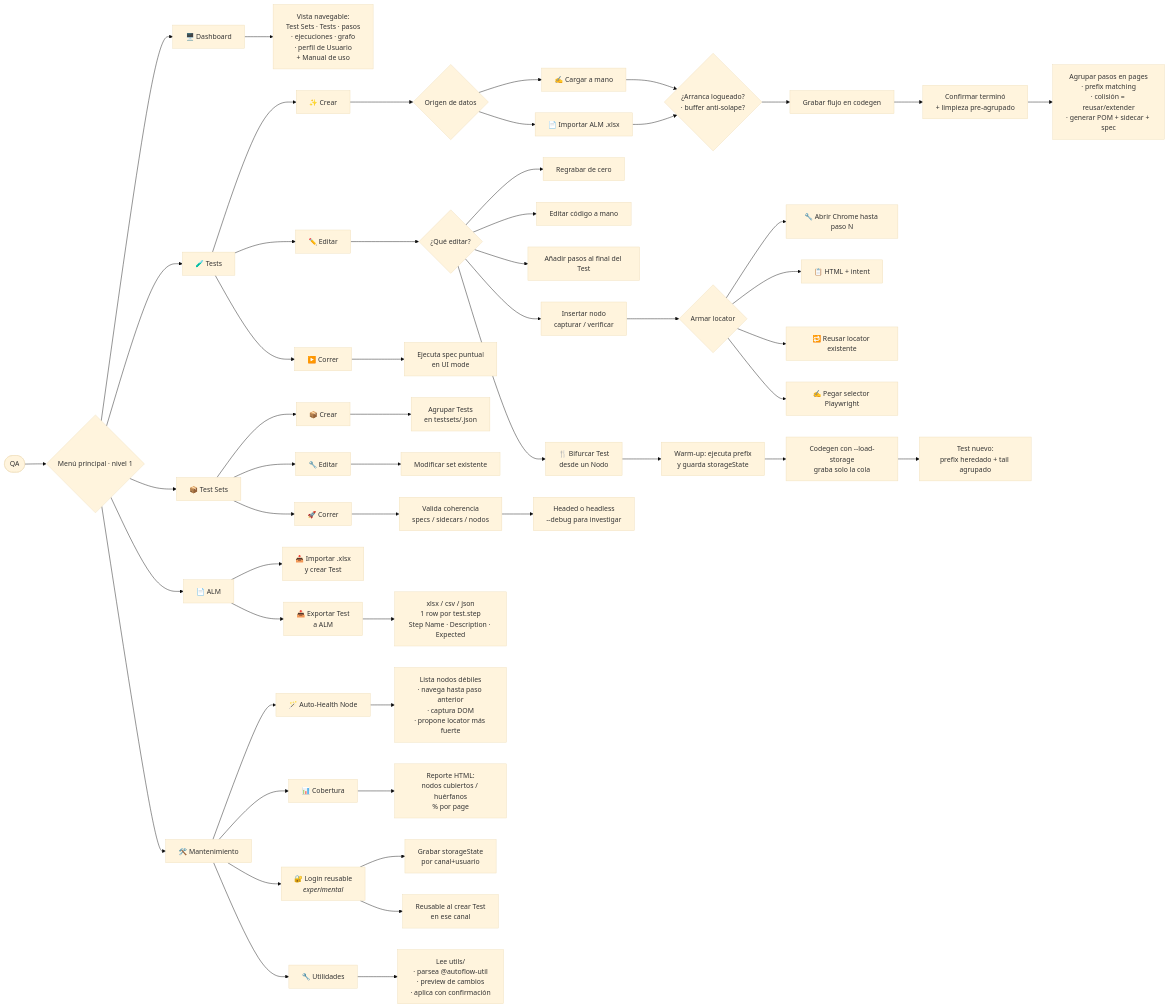
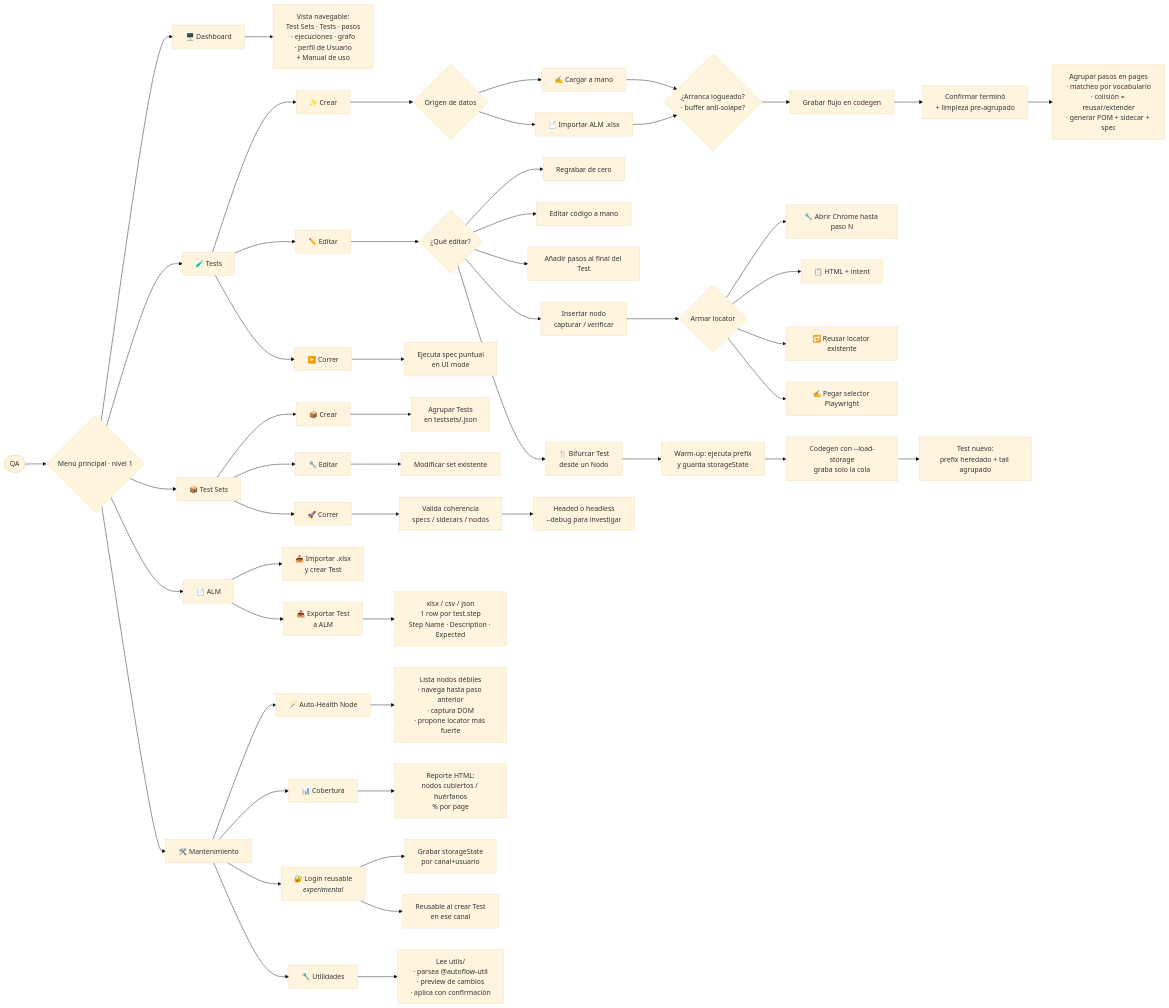
The second of 4 diagrams in README.md (blass1/AutoFlowAgent), drawn with Mermaid (base theme) before and after one commit. The commit also changed other lines of this file and 21 other files, not shown here.

First line of the commit message:
feat(matcheo): heurística vocabulario nodo-por-nodo + #id = confiabilidad 2

````diff
--- a/README.md
+++ b/README.md
@@ -53,72 +53,72 @@
 ```mermaid
 flowchart LR
     QA([QA])
     Menu{Menú principal · nivel 1}
 
     QA --> Menu
 
     Menu --> Dash[🖥️ Dashboard]
     Menu --> Tests[🧪 Tests]
     Menu --> TS[📦 Test Sets]
     Menu --> ALM[📄 ALM]
     Menu --> Mant[🛠️ Mantenimiento]
 
     Tests --> Crear[✨ Crear]
     Tests --> Editar[✏️ Editar]
     Tests --> Correr[▶️ Correr]
 
     TS --> CrearTS[📦 Crear]
     TS --> EditarTS[🔧 Editar]
     TS --> CorrerTS[🚀 Correr]
 
     ALM --> ALMImp[📥 Importar .xlsx<br/>y crear Test]
     ALM --> ALMExp[📤 Exportar Test<br/>a ALM]
 
     Mant --> AHN[🪄 Auto-Health Node]
     Mant --> Cob[📊 Cobertura]
     Mant --> Auth[🔐 Login reusable<br/><i>experimental</i>]
     Mant --> Utils[🔧 Utilidades]
 
     Crear --> CrearOrigen{Origen de datos}
     CrearOrigen --> CrearManual[✍️ Cargar a mano]
     CrearOrigen --> CrearALMImp[📄 Importar ALM .xlsx]
     CrearManual --> CrearLogin{¿Arranca logueado?<br/>· buffer anti-solape?}
     CrearALMImp --> CrearLogin
     CrearLogin --> CrearGrabar[Grabar flujo en codegen]
     CrearGrabar --> CrearConfirm[Confirmar terminó<br/>+ limpieza pre-agrupado]
-    CrearConfirm --> CrearPOM[Agrupar pasos en pages<br/>· prefix matching<br/>· colisión = reusar/extender<br/>· generar POM + sidecar + spec]
+    CrearConfirm --> CrearPOM[Agrupar pasos en pages<br/>· matcheo por vocabulario<br/>· colisión = reusar/extender<br/>· generar POM + sidecar + spec]
 
     Editar --> EditarQue{¿Qué editar?}
     EditarQue --> EditRegrabar[Regrabar de cero]
     EditarQue --> EditCodigo[Editar código a mano]
     EditarQue --> EditAppend[Añadir pasos al final del Test]
     EditarQue --> EditNodo[Insertar nodo<br/>capturar / verificar]
     EditarQue --> EditFork[🍴 Bifurcar Test<br/>desde un Nodo]
     EditFork --> ForkWarmup[Warm-up: ejecuta prefix<br/>y guarda storageState]
     ForkWarmup --> ForkTail[Codegen con --load-storage<br/>graba solo la cola]
     ForkTail --> ForkSpec[Test nuevo:<br/>prefix heredado + tail agrupado]
     EditNodo --> EditNodoLoc{Armar locator}
     EditNodoLoc --> LocPause[🔧 Abrir Chrome hasta paso N]
     EditNodoLoc --> LocHTML[📋 HTML + intent]
     EditNodoLoc --> LocReusar[🔁 Reusar locator existente]
     EditNodoLoc --> LocPegar[✍️ Pegar selector Playwright]
 
     Correr --> CorrerUI[Ejecuta spec puntual<br/>en UI mode]
 
     CrearTS --> TSAgrupar[Agrupar Tests<br/>en testsets/.json]
     EditarTS --> TSEditar[Modificar set existente]
     CorrerTS --> TSValidar[Valida coherencia<br/>specs / sidecars / nodos]
     TSValidar --> TSCorrer[Headed o headless<br/>--debug para investigar]
 
     AHN --> AHNFlow[Lista nodos débiles<br/>· navega hasta paso anterior<br/>· captura DOM<br/>· propone locator más fuerte]
 
     Auth --> AuthGrabar[Grabar storageState<br/>por canal+usuario]
     Auth --> AuthReuso[Reusable al crear Test<br/>en ese canal]
 
     ALMExp --> ALMExpFlow[xlsx / csv / json<br/>1 row por test.step<br/>Step Name · Description · Expected]
 
     Utils --> UtilsFlow[Lee utils/<br/>· parsea @autoflow-util<br/>· preview de cambios<br/>· aplica con confirmación]
 
     Cob --> CobReporte[Reporte HTML:<br/>nodos cubiertos / huérfanos<br/>% por page]
     Dash --> DashHtml[Vista navegable:<br/>Test Sets · Tests · pasos<br/>· ejecuciones · grafo<br/>· perfil de Usuario<br/>+ Manual de uso]
 ```
````
